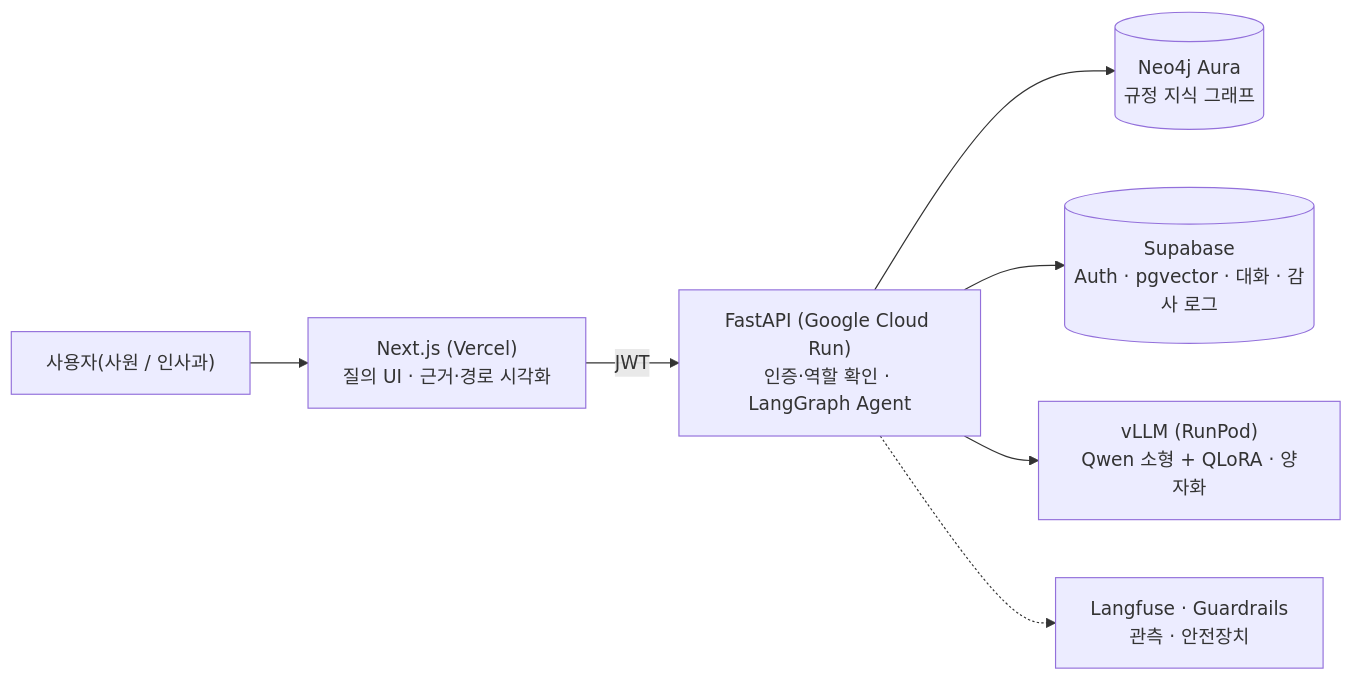
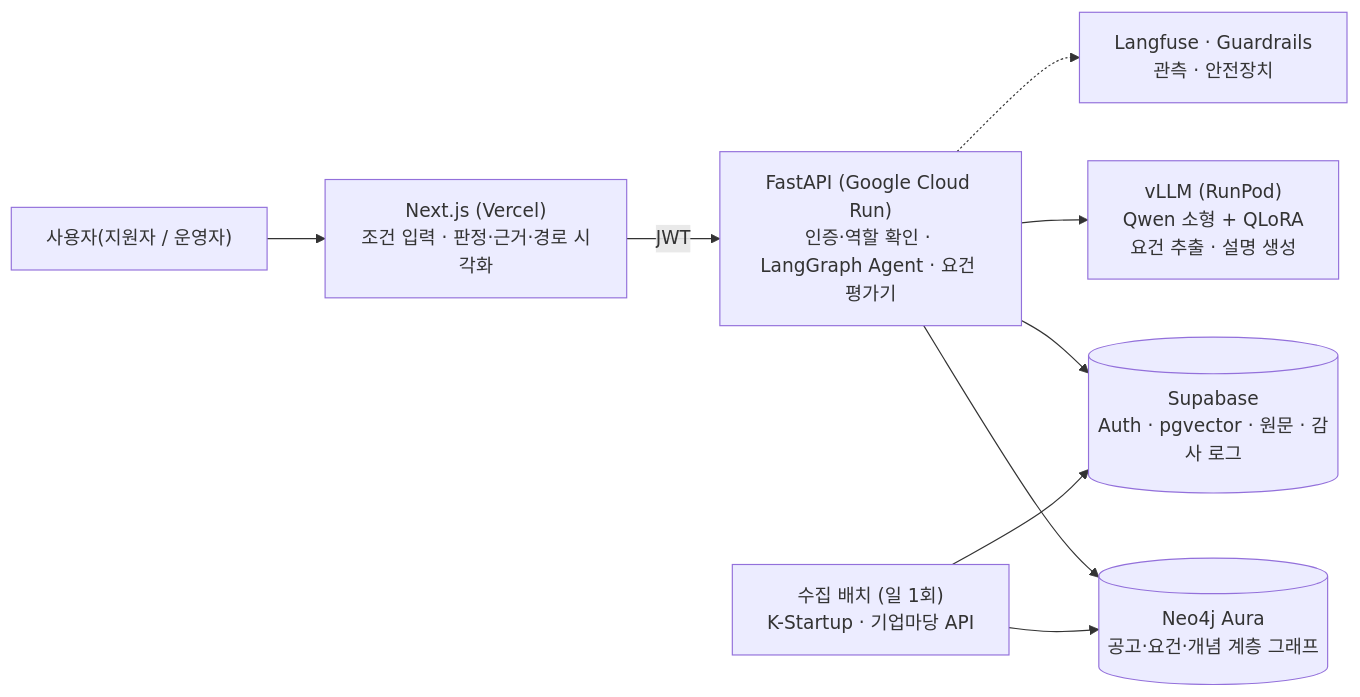
Before and after one commit to encore-ai-campus/mle-01-final-team2: the diagram in docs/[기획설계] MLE_기획보고서_2팀.md, drawn with Mermaid. The commit also changed other lines of this file and 9 other files, not shown here.

````diff
--- a/docs/[기획설계] MLE_기획보고서_2팀.md
+++ b/docs/[기획설계] MLE_기획보고서_2팀.md
@@ -281,9 +315,11 @@
 ```mermaid
 flowchart LR
-  U["사용자(사원 / 인사과)"] --> F["Next.js (Vercel)<br/>질의 UI · 근거·경로 시각화"]
-  F -->|JWT| API["FastAPI (Google Cloud Run)<br/>인증·역할 확인 · LangGraph Agent"]
-  API --> N[("Neo4j Aura<br/>규정 지식 그래프")]
-  API --> S[("Supabase<br/>Auth · pgvector · 대화 · 감사 로그")]
-  API --> V["vLLM (RunPod)<br/>Qwen 소형 + QLoRA · 양자화"]
+  U["사용자(지원자 / 운영자)"] --> F["Next.js (Vercel)<br/>조건 입력 · 판정·근거·경로 시각화"]
+  F -->|JWT| API["FastAPI (Google Cloud Run)<br/>인증·역할 확인 · LangGraph Agent · 요건 평가기"]
+  API --> N[("Neo4j Aura<br/>공고·요건·개념 계층 그래프")]
+  API --> S[("Supabase<br/>Auth · pgvector · 원문 · 감사 로그")]
+  API --> V["vLLM (RunPod)<br/>Qwen 소형 + QLoRA<br/>요건 추출 · 설명 생성"]
+  B["수집 배치 (일 1회)<br/>K-Startup · 기업마당 API"] --> S
+  B --> N
   API -.-> O["Langfuse · Guardrails<br/>관측 · 안전장치"]
 ```
````
